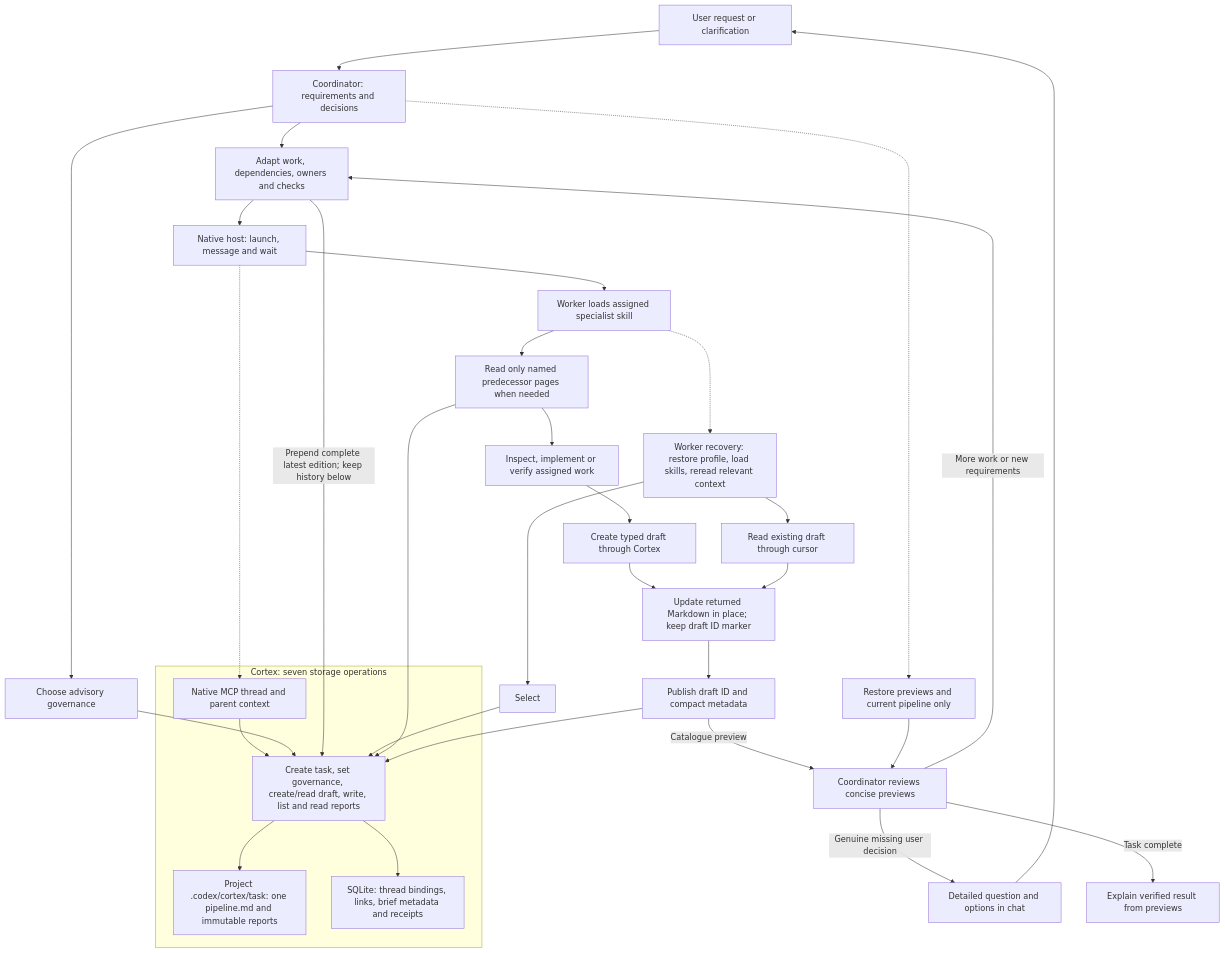
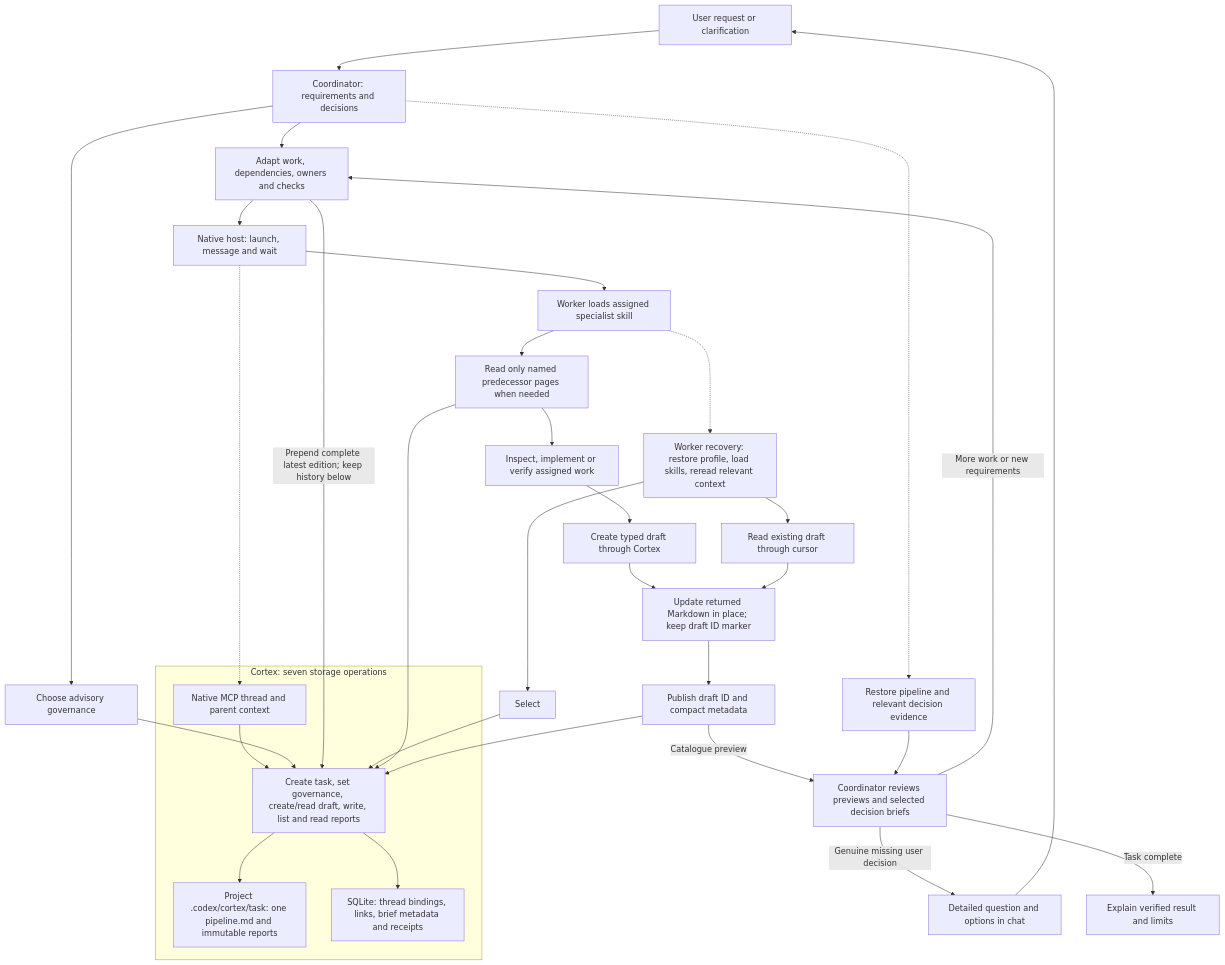
The diagram in README.md (igovet/codex-cortex-orchestrator), drawn with Mermaid before and after one commit. The commit also changed other lines of this file and 86 other files, not shown here.

````diff
--- a/README.md
+++ b/README.md
@@ -497,40 +526,40 @@
 ```mermaid
 flowchart TD
     User[User request or clarification] --> Coordinator[Coordinator: requirements and decisions]
     Coordinator --> Governance[Choose advisory governance]
     Coordinator --> Pipeline[Adapt work, dependencies, owners and checks]
     Pipeline --> Native[Native host: launch, message and wait]
     Native --> Worker[Worker loads assigned specialist skill]
     Worker --> Read[Read only named predecessor pages when needed]
     Read --> Work[Inspect, implement or verify assigned work]
     Work --> Draft[Create typed draft through Cortex]
     Draft --> Fill[Update returned Markdown in place; keep draft ID marker]
     Recovery[Context recovery] --> DraftRead[Read existing draft through cursor]
     DraftRead --> Fill
     Fill --> Result[Publish draft ID and compact metadata]
-    Result -->|Catalogue preview| Assess[Coordinator reviews concise previews]
+    Result -->|Catalogue preview| Assess[Coordinator reviews previews and selected decision briefs]
     Assess -->|More work or new requirements| Pipeline
     Assess -->|Genuine missing user decision| Question[Detailed question and options in chat]
     Question --> User
-    Assess -->|Task complete| Final[Explain verified result from previews]
+    Assess -->|Task complete| Final[Explain verified result and limits]
 
     subgraph Storage[Cortex: seven storage operations]
         API[Create task, set governance, create/read draft, write, list and read reports]
         Files[Project .codex/cortex/task: one pipeline.md and immutable reports]
         Index[SQLite: thread bindings, links, brief metadata and receipts]
         Context[Native MCP thread and parent context] --> API
         API --> Files
         API --> Index
     end
 
     Native -.-> Context
     Governance --> API
     Pipeline -->|Prepend complete latest edition; keep history below| API
     Select --> API
     Read --> API
     Result --> API
     Recovery[Worker recovery: restore profile, load skills, reread relevant context] --> Select
-    Coordinator -.-> CoordinatorRecovery[Restore previews and current pipeline only]
+    Coordinator -.-> CoordinatorRecovery[Restore pipeline and relevant decision evidence]
     CoordinatorRecovery --> Assess
     Worker -.-> Recovery
 ```
````
